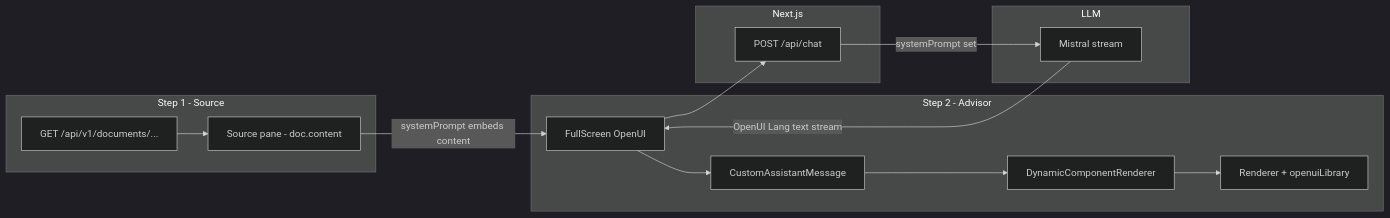
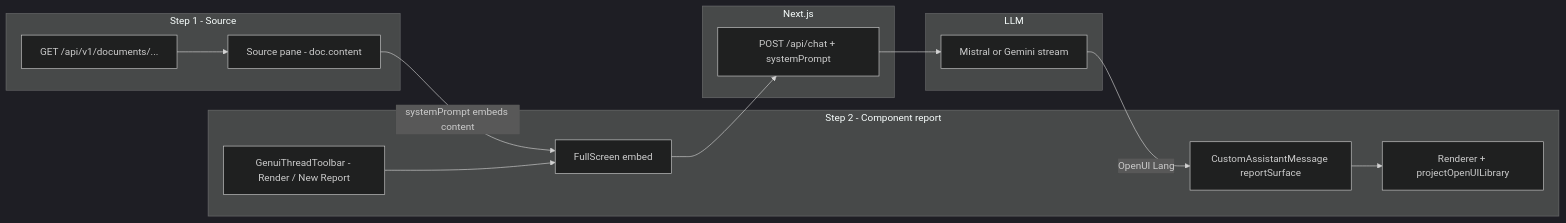
The diagram in .agents/skills/adpa-genui-workspace/SKILL.md (mdresch/adpa), drawn with Mermaid (dark theme) before and after one commit. The commit also changed other lines of this file and 25 other files, not shown here.

First line of the commit message:
feat(genui): report exports, layout follow-up, and kickoff lessons learned

````diff
--- a/.agents/skills/adpa-genui-workspace/SKILL.md
+++ b/.agents/skills/adpa-genui-workspace/SKILL.md
@@ -38,26 +51,26 @@
 ```mermaid
 flowchart LR
   subgraph step1 [Step 1 - Source]
     API["GET /api/v1/documents/..."]
     Pane[Source pane - doc.content]
   end
-  subgraph step2 [Step 2 - Advisor]
-    FS[FullScreen OpenUI]
-    CAM[CustomAssistantMessage]
-    DCR[DynamicComponentRenderer]
-    RL[Renderer + openuiLibrary]
+  subgraph step2 [Step 2 - Component report]
+    FS[FullScreen embed]
+    Toolbar[GenuiThreadToolbar - Render / New Report]
+    CAM[CustomAssistantMessage reportSurface]
+    RL[Renderer + projectOpenUILibrary]
   end
   subgraph proxy [Next.js]
-    Chat["POST /api/chat"]
+    LlmRoute["POST /api/chat + systemPrompt"]
   end
   subgraph llm [LLM]
-    Mistral[Mistral stream]
+    Stream[Mistral or Gemini stream]
   end
   API --> Pane
   Pane -->|systemPrompt embeds content| FS
-  FS --> Chat
-  Chat -->|systemPrompt set| Mistral
-  Mistral -->|OpenUI Lang text stream| FS
-  FS --> CAM
-  CAM --> DCR --> RL
+  Toolbar --> FS
+  FS --> LlmRoute
+  LlmRoute --> Stream
+  Stream -->|OpenUI Lang| CAM
+  CAM --> RL
 ```
````
